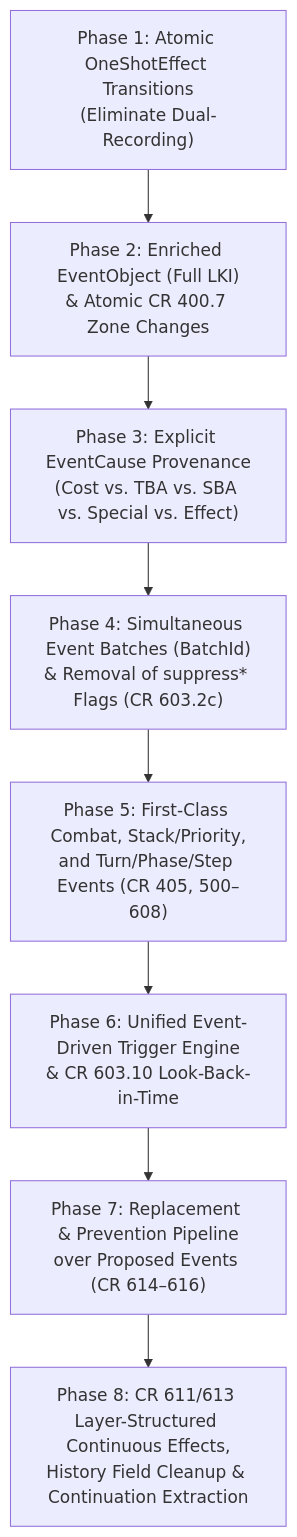
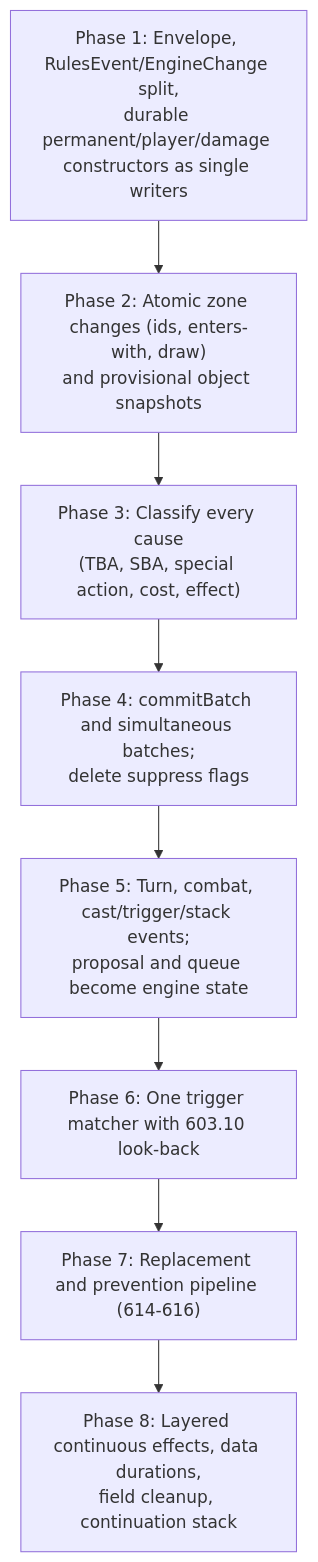
The diagram in EVENT_ALIGNMENT_PLAN.md (IharBury/mtg), drawn with Mermaid before and after one commit. The commit also changed other lines of this file, not shown here.

First line of the commit message:
Correct event alignment plan against code and CR 2026-09-25 (PR #562 review)

````diff
--- a/EVENT_ALIGNMENT_PLAN.md
+++ b/EVENT_ALIGNMENT_PLAN.md
@@ -625,10 +853,10 @@
 ```mermaid
 flowchart TD
-  P1["Phase 1: Atomic OneShotEffect Transitions\n(Eliminate Dual-Recording)"] --> P2["Phase 2: Enriched EventObject (Full LKI)\n& Atomic CR 400.7 Zone Changes"]
-  P2 --> P3["Phase 3: Explicit EventCause Provenance\n(Cost vs. TBA vs. SBA vs. Special vs. Effect)"]
-  P3 --> P4["Phase 4: Simultaneous Event Batches (BatchId)\n& Removal of suppress* Flags (CR 603.2c)"]
-  P4 --> P5["Phase 5: First-Class Combat, Stack/Priority,\nand Turn/Phase/Step Events (CR 405, 500–608)"]
-  P5 --> P6["Phase 6: Unified Event-Driven Trigger Engine\n& CR 603.10 Look-Back-in-Time"]
-  P6 --> P7["Phase 7: Replacement & Prevention Pipeline\nover Proposed Events (CR 614–616)"]
-  P7 --> P8["Phase 8: CR 611/613 Layer-Structured Continuous Effects,\nHistory Field Cleanup & Continuation Extraction"]
+  P1["Phase 1: Envelope, RulesEvent/EngineChange split,\ndurable permanent/player/damage constructors as single writers"] --> P2["Phase 2: Atomic zone changes (ids, enters-with, draw)\nand provisional object snapshots"]
+  P2 --> P3["Phase 3: Classify every cause\n(TBA, SBA, special action, cost, effect)"]
+  P3 --> P4["Phase 4: commitBatch and simultaneous batches;\ndelete suppress flags"]
+  P4 --> P5["Phase 5: Turn, combat, cast/trigger/stack events;\nproposal and queue become engine state"]
+  P5 --> P6["Phase 6: One trigger matcher with 603.10 look-back"]
+  P6 --> P7["Phase 7: Replacement and prevention pipeline (614-616)"]
+  P7 --> P8["Phase 8: Layered continuous effects, data durations,\nfield cleanup, continuation stack"]
 ```
````
